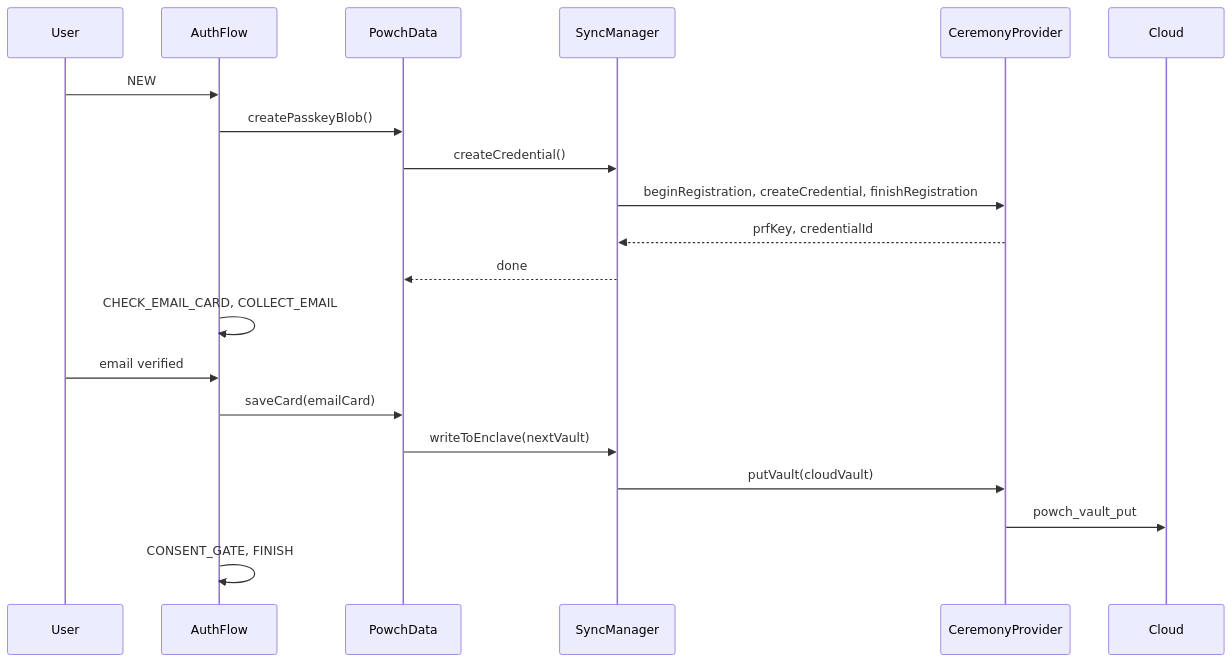
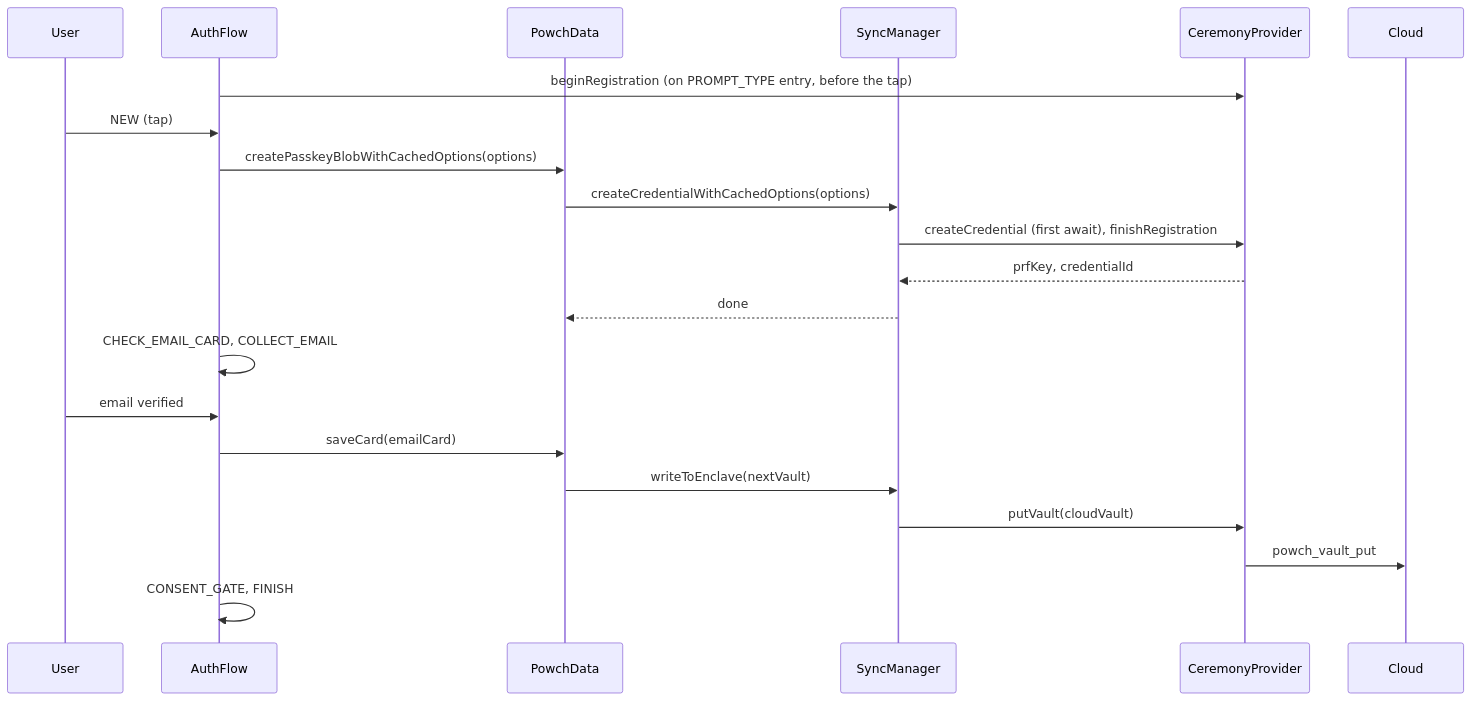
The first of 2 diagrams in site/docs/powch/detailed/cloud-vault-architecture.md (DeSciX/DAITA), drawn with Mermaid before and after one commit. The commit also changed other lines of this file and 15 other files, not shown here.

````diff
--- a/site/docs/powch/detailed/cloud-vault-architecture.md
+++ b/site/docs/powch/detailed/cloud-vault-architecture.md
@@ -176,23 +176,24 @@
 ```mermaid
 sequenceDiagram
   participant User
   participant AuthFlow
   participant PowchData
   participant SyncManager
   participant CeremonyProvider
   participant Cloud
 
-  User->>AuthFlow: NEW
-  AuthFlow->>PowchData: createPasskeyBlob()
-  PowchData->>SyncManager: createCredential()
-  SyncManager->>CeremonyProvider: beginRegistration, createCredential, finishRegistration
+  AuthFlow->>CeremonyProvider: beginRegistration (on PROMPT_TYPE entry, before the tap)
+  User->>AuthFlow: NEW (tap)
+  AuthFlow->>PowchData: createPasskeyBlobWithCachedOptions(options)
+  PowchData->>SyncManager: createCredentialWithCachedOptions(options)
+  SyncManager->>CeremonyProvider: createCredential (first await), finishRegistration
   CeremonyProvider-->>SyncManager: prfKey, credentialId
   SyncManager-->>PowchData: done
   AuthFlow->>AuthFlow: CHECK_EMAIL_CARD, COLLECT_EMAIL
   User->>AuthFlow: email verified
   AuthFlow->>PowchData: saveCard(emailCard)
   PowchData->>SyncManager: writeToEnclave(nextVault)
   SyncManager->>CeremonyProvider: putVault(cloudVault)
   CeremonyProvider->>Cloud: powch_vault_put
   AuthFlow->>AuthFlow: CONSENT_GATE, FINISH
 ```
````
